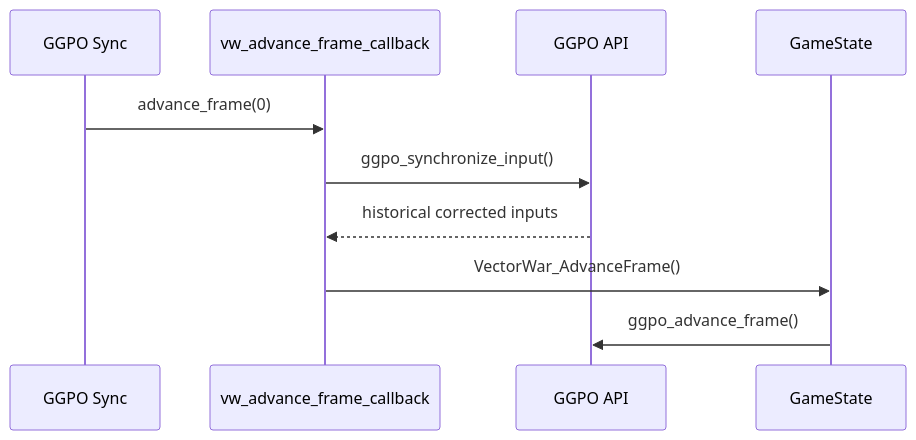
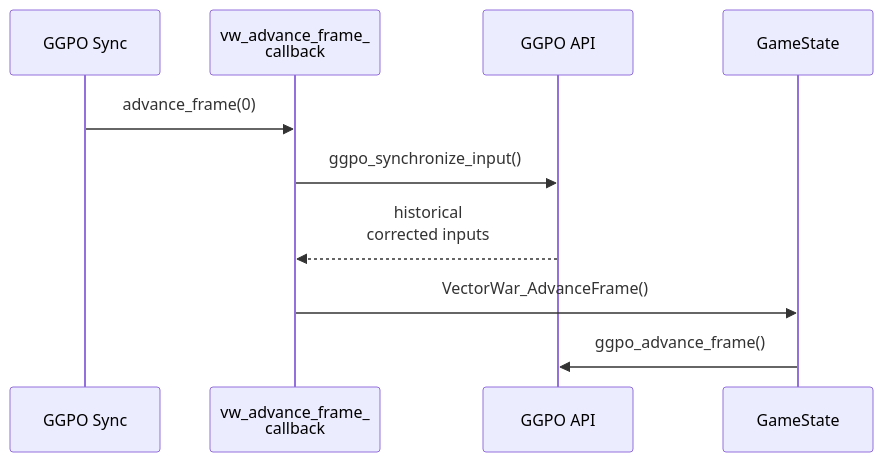
The fifth of 7 diagrams in doc/architecture/VectorWar.md (irregularthanis/ggpo-next), drawn with Mermaid before and after one commit. The commit also changed other lines of this file and 9 other files, not shown here.

Commit message:
docs: wrap Mermaid diagram labels

````diff
--- a/doc/architecture/VectorWar.md
+++ b/doc/architecture/VectorWar.md
@@ -220,13 +220,13 @@
 ```mermaid
 sequenceDiagram
     participant Sync as GGPO Sync
-    participant CB as vw_advance_frame_callback
+    participant CB as vw_advance_frame_<br/>callback
     participant API as GGPO API
     participant GS as GameState
 
     Sync->>CB: advance_frame(0)
     CB->>API: ggpo_synchronize_input()
-    API-->>CB: historical corrected inputs
+    API-->>CB: historical<br/>corrected inputs
     CB->>GS: VectorWar_AdvanceFrame()
     GS->>API: ggpo_advance_frame()
 ```
````
